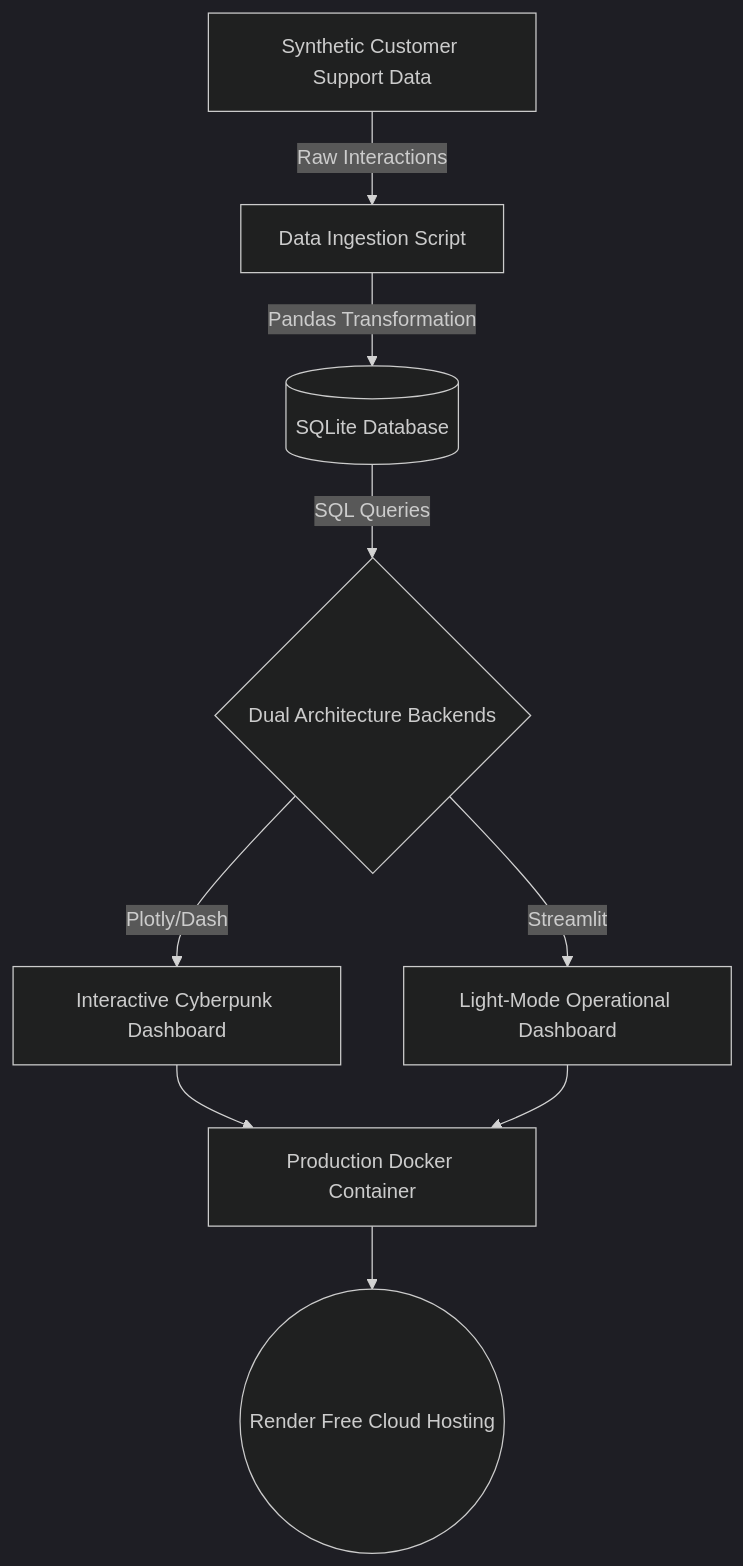
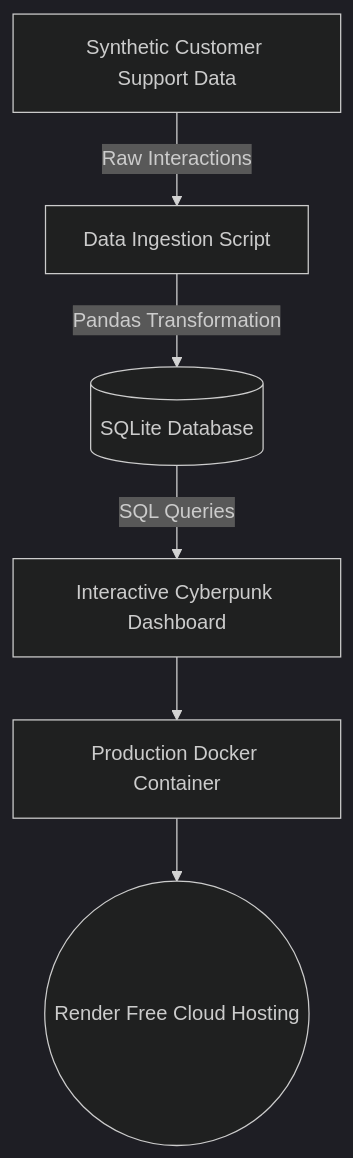
Before and after one commit to KalashDave/Chatbot_KPI_Pipeline: the diagram in README.md, drawn with Mermaid (dark theme). The commit also changed other lines of this file, not shown here.

Commit message:
Docs: Remove Streamlit and Dual-Architecture mentions

````diff
--- a/README.md
+++ b/README.md
@@ -23,13 +21,8 @@
 ```mermaid
 graph TD
     A[Synthetic Customer Support Data] -->|Raw Interactions| B[Data Ingestion Script]
     B -->|Pandas Transformation| C[(SQLite Database)]
-    C -->|SQL Queries| D{Dual Architecture Backends}
-    
-    D -->|Plotly/Dash| E[Interactive Cyberpunk Dashboard]
-    D -->|Streamlit| F[Light-Mode Operational Dashboard]
-    
-    E --> G[Production Docker Container]
-    F --> G
-    G --> H((Render Free Cloud Hosting))
+    C -->|SQL Queries| D[Interactive Cyberpunk Dashboard]
+    D --> E[Production Docker Container]
+    E --> F((Render Free Cloud Hosting))
 ```
````
